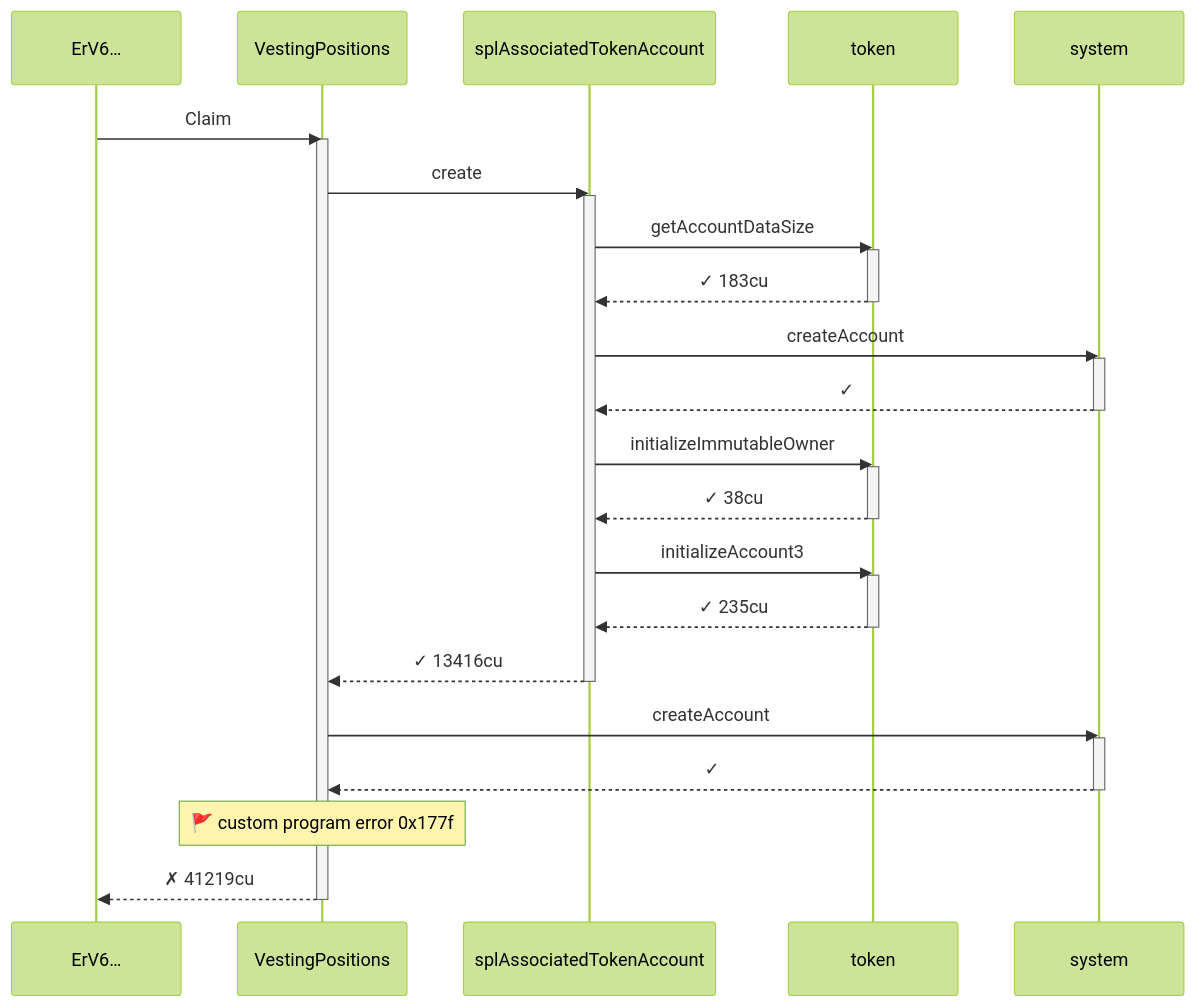
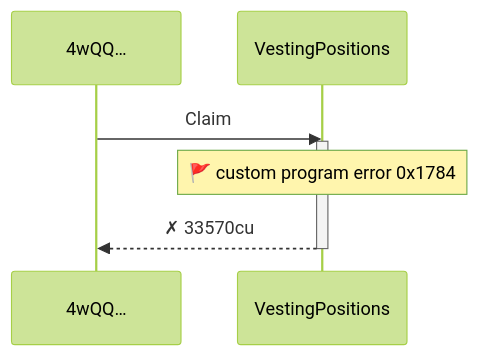
Before and after one commit to cds-turbin3/vesting-position: the first of 3 diagrams in babelfish-tests/test-report/scenario_7_fully_claimed_position_frozen.md, drawn with Mermaid (forest theme). The commit also changed other lines of this file and 50 other files, not shown here.

````diff
--- a/babelfish-tests/test-report/scenario_7_fully_claimed_position_frozen.md
+++ b/babelfish-tests/test-report/scenario_7_fully_claimed_position_frozen.md
@@ -5,37 +5,10 @@
 ```mermaid
 sequenceDiagram
-    participant p0 as ErV6…
+    participant p0 as 4wQQ…
     participant p1 as VestingPositions
-    participant p2 as splAssociatedTokenAccount
-    participant p3 as token
-    participant p4 as system
     p0->>p1: Claim
     activate p1
-    p1->>p2: create
-    activate p2
-    p2->>p3: getAccountDataSize
-    activate p3
-    p3-->>p2: ✓ 183cu
-    deactivate p3
-    p2->>p4: createAccount
-    activate p4
-    p4-->>p2: ✓
-    deactivate p4
-    p2->>p3: initializeImmutableOwner
-    activate p3
-    p3-->>p2: ✓ 38cu
-    deactivate p3
-    p2->>p3: initializeAccount3
-    activate p3
-    p3-->>p2: ✓ 235cu
-    deactivate p3
-    p2-->>p1: ✓ 13416cu
-    deactivate p2
-    p1->>p4: createAccount
-    activate p4
-    p4-->>p1: ✓
-    deactivate p4
-    note over p1: 🚩 custom program error  0x177f
-    p1-->>p0: ✗ 41219cu
+    note over p1: 🚩 custom program error  0x1784
+    p1-->>p0: ✗ 33570cu
     deactivate p1
 ```
````
